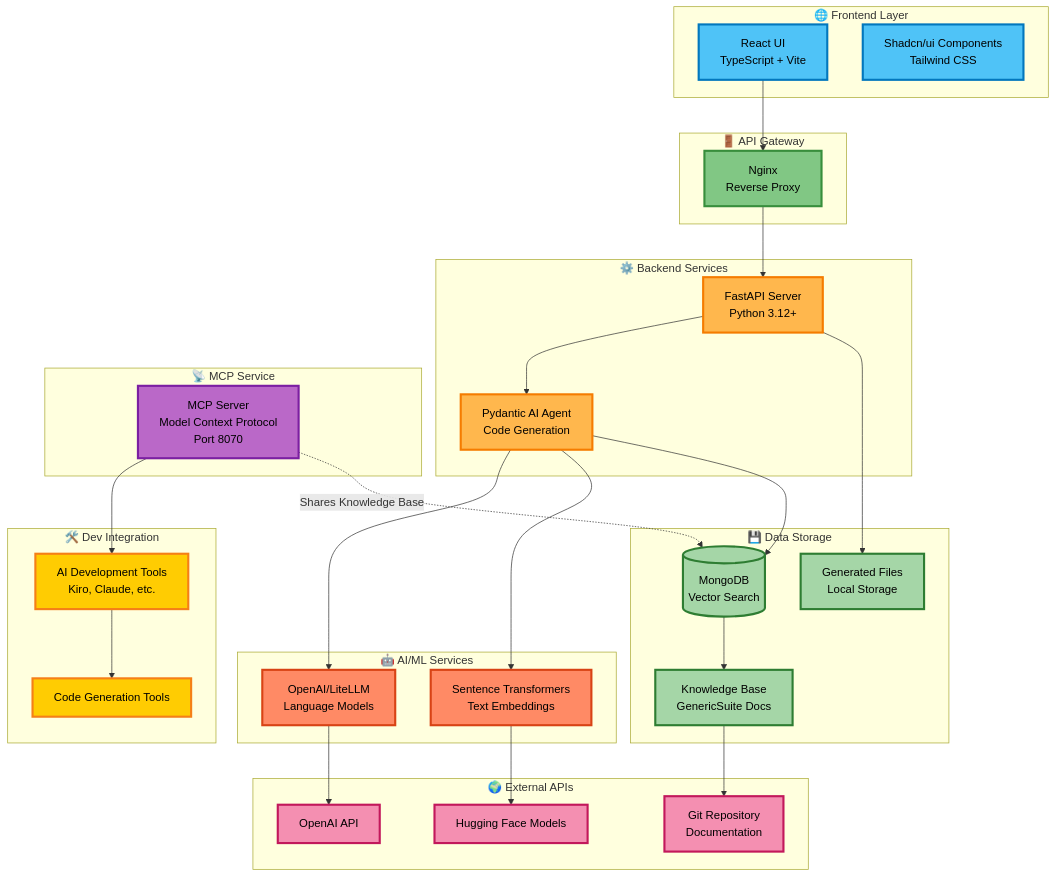
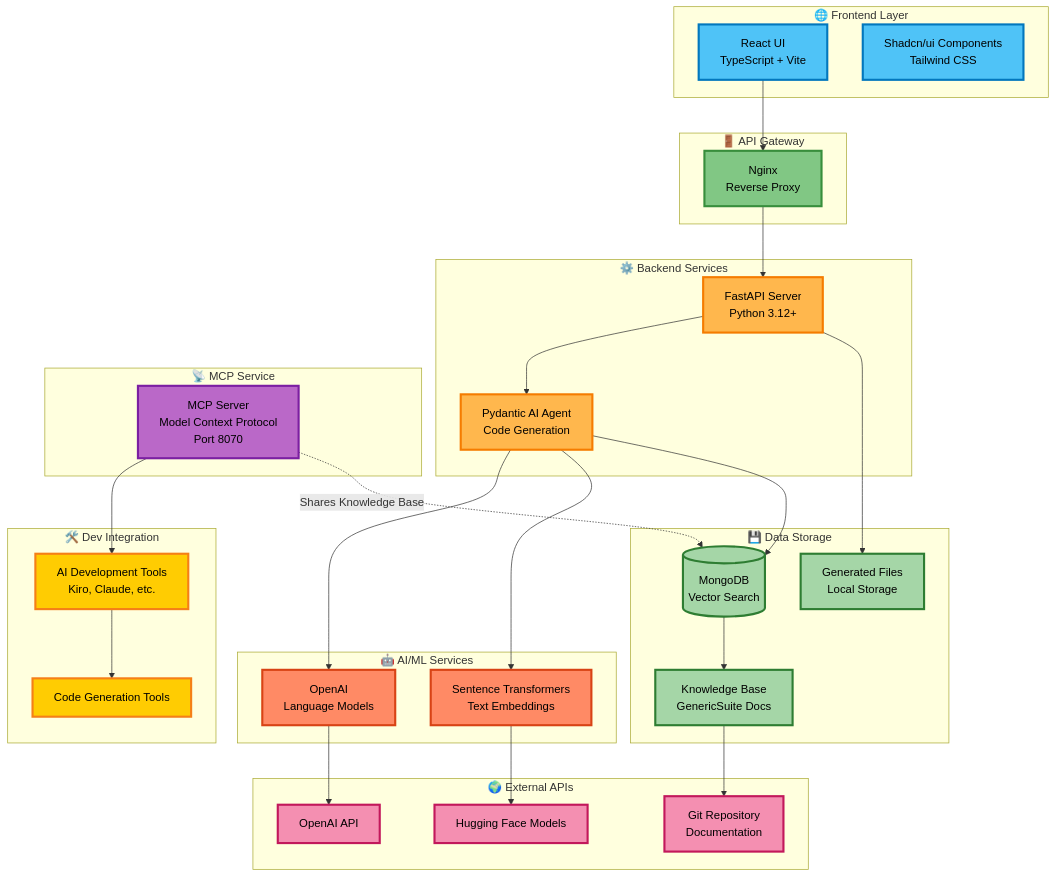
One commit to tomkat-cr/genericsuite-codegen changed the diagram in README.md. Above: the diagram before and after it, drawn with Mermaid. The commit also changed other lines of this file and 19 other files, not shown here.

```diff
--- a/README.md
+++ b/README.md
@@ -235,7 +247,7 @@
     end
 
     subgraph AI["🤖 AI/ML Services"]
-        LLM[OpenAI/LiteLLM<br/>Language Models]
+        LLM[OpenAI<br/>Language Models]
         EMBED[Sentence Transformers<br/>Text Embeddings]
     end
 
```
